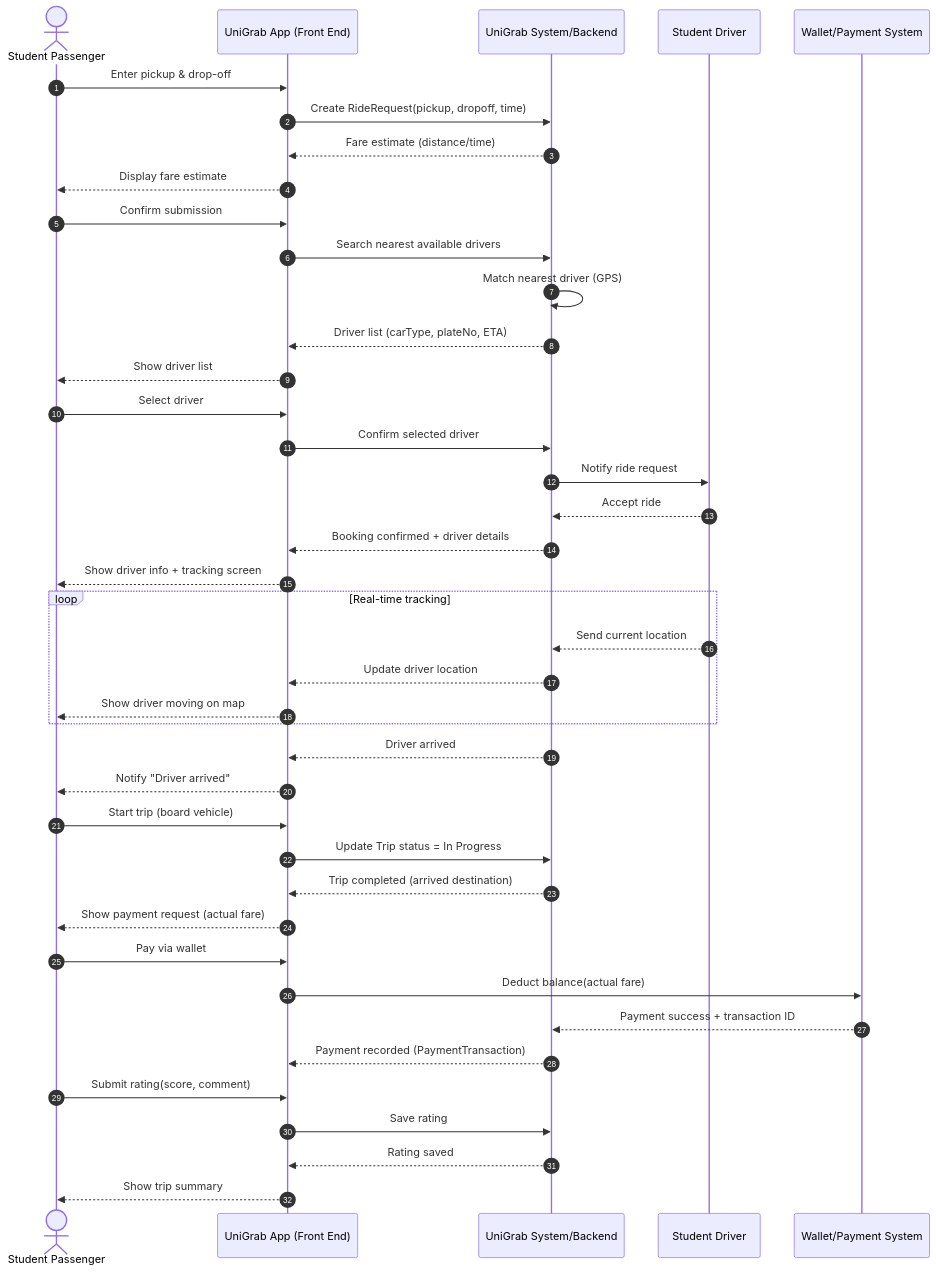
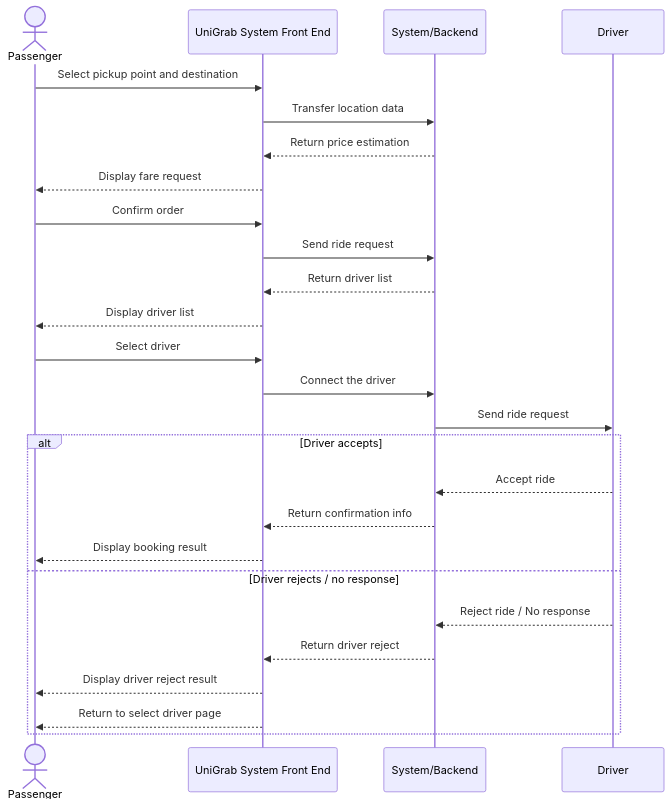
Before and after one commit to Lifantastic-O/iodraw-files: the diagram in all/未命名-4.md, drawn with Mermaid.

Commit message:
2026-01-01 01:14:37 update

````diff
--- a/all/未命名-4.md
+++ b/all/未命名-4.md
@@ -1,53 +1,33 @@
 ```mermaid
 sequenceDiagram
-  autonumber
-  actor P as Student Passenger
-  participant App as UniGrab App (Front End)
-  participant S as UniGrab System/Backend
-  participant D as Student Driver
-  participant W as Wallet/Payment System
+    actor Passenger
+    participant FE as UniGrab System Front End
+    participant BE as System/Backend
+    participant Driver
 
-  %% Main Flow
-  P->>App: Enter pickup & drop-off
-  App->>S: Create RideRequest(pickup, dropoff, time)
-  S-->>App: Fare estimate (distance/time)
-  App-->>P: Display fare estimate
+    Passenger->>FE: Select pickup point and destination
+    FE->>BE: Transfer location data
+    BE-->>FE: Return price estimation
+    FE-->>Passenger: Display fare request
 
-  P->>App: Confirm submission
-  App->>S: Search nearest available drivers
-  S->>S: Match nearest driver (GPS)
-  S-->>App: Driver list (carType, plateNo, ETA)
-  App-->>P: Show driver list
+    Passenger->>FE: Confirm order
+    FE->>BE: Send ride request
+    BE-->>FE: Return driver list
+    FE-->>Passenger: Display driver list
 
-  P->>App: Select driver
-  App->>S: Confirm selected driver
-  S->>D: Notify ride request
-  D-->>S: Accept ride
-  S-->>App: Booking confirmed + driver details
-  App-->>P: Show driver info + tracking screen
+    Passenger->>FE: Select driver
+    FE->>BE: Connect the driver
+    BE->>Driver: Send ride request
 
-  loop Real-time tracking
-    D-->>S: Send current location
-    S-->>App: Update driver location
-    App-->>P: Show driver moving on map
-  end
-
-  S-->>App: Driver arrived
-  App-->>P: Notify "Driver arrived"
-  P->>App: Start trip (board vehicle)
-  App->>S: Update Trip status = In Progress
-
-  S-->>App: Trip completed (arrived destination)
-  App-->>P: Show payment request (actual fare)
-
-  P->>App: Pay via wallet
-  App->>W: Deduct balance(actual fare)
-  W-->>S: Payment success + transaction ID
-  S-->>App: Payment recorded (PaymentTransaction)
-
-  P->>App: Submit rating(score, comment)
-  App->>S: Save rating
-  S-->>App: Rating saved
-  App-->>P: Show trip summary
+    alt Driver accepts
+        Driver-->>BE: Accept ride
+        BE-->>FE: Return confirmation info
+        FE-->>Passenger: Display booking result
+    else Driver rejects / no response
+        Driver-->>BE: Reject ride / No response
+        BE-->>FE: Return driver reject
+        FE-->>Passenger: Display driver reject result
+        FE-->>Passenger: Return to select driver page
+    end
 
 ```
````
